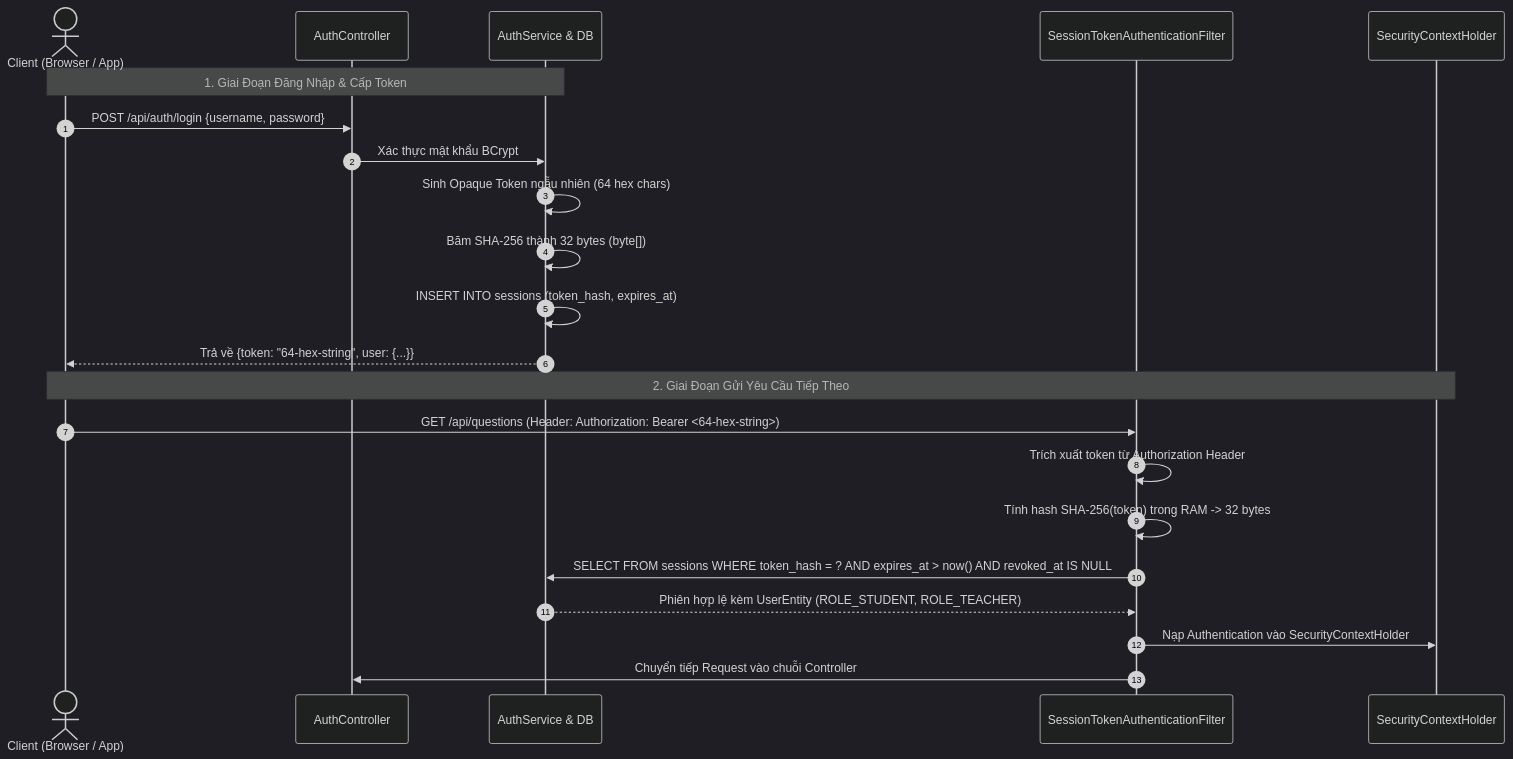
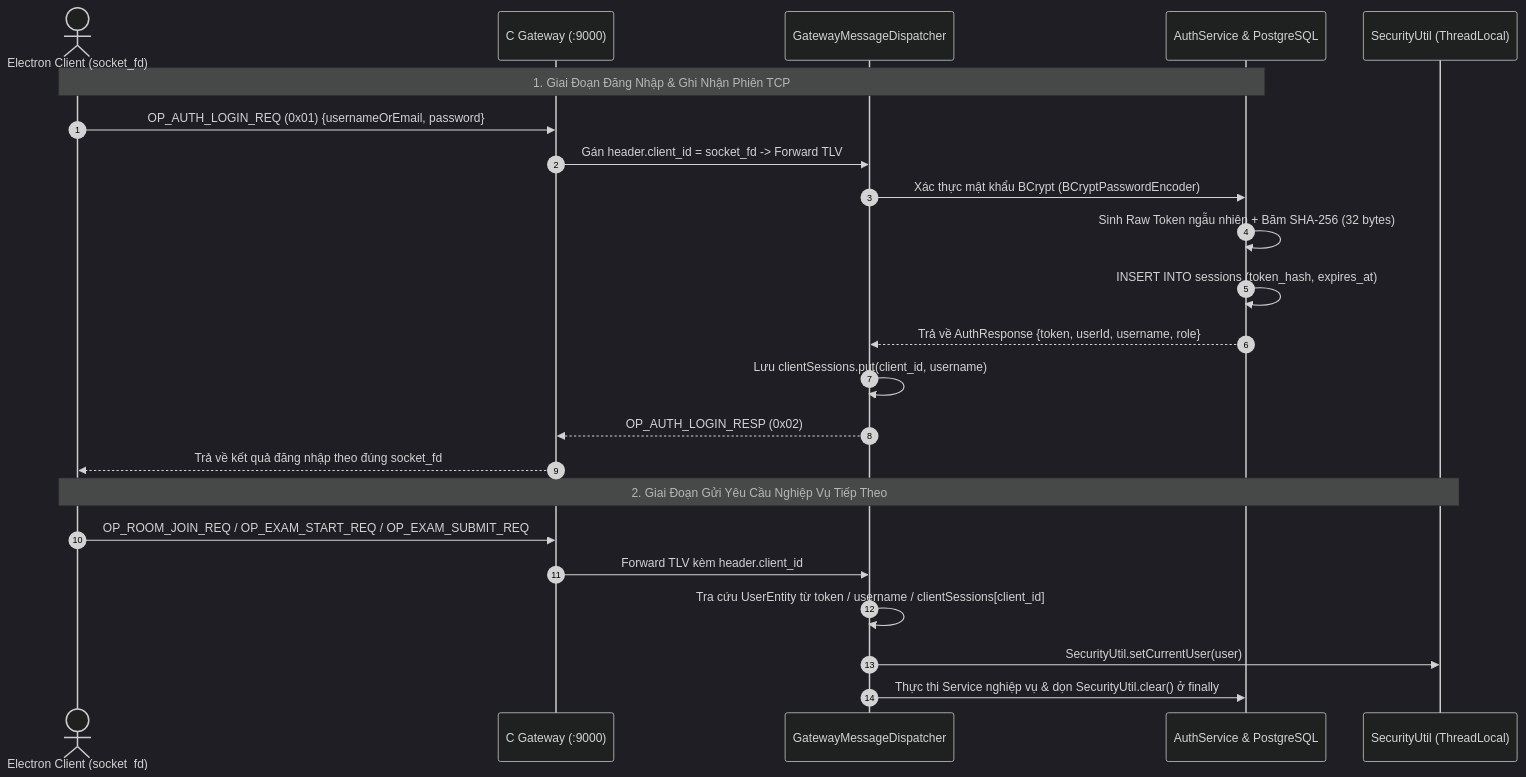
One commit to lethanhan01/mooc-clone changed the diagram in server/docs/security-architecture.md. Above: the diagram before and after it, drawn with Mermaid (dark theme). The commit also changed other lines of this file and 43 other files, not shown here.

````diff
--- a/server/docs/security-architecture.md
+++ b/server/docs/security-architecture.md
@@ -18,26 +14,27 @@
 ```mermaid
 sequenceDiagram
     autonumber
-    actor Client as Client (Browser / App)
-    participant AuthCtrl as AuthController
-    participant SecService as AuthService & DB
-    participant Filter as SessionTokenAuthenticationFilter
-    participant SecCtx as SecurityContextHolder
+    actor Client as Electron Client (socket_fd)
+    participant CGateway as C Gateway (:9000)
+    participant Dispatcher as GatewayMessageDispatcher
+    participant AuthSvc as AuthService & PostgreSQL
+    participant SecUtil as SecurityUtil (ThreadLocal)
 
-    Note over Client,SecService: 1. Giai Đoạn Đăng Nhập & Cấp Token
-    Client->>AuthCtrl: POST /api/auth/login {username, password}
-    AuthCtrl->>SecService: Xác thực mật khẩu BCrypt
-    SecService->>SecService: Sinh Opaque Token ngẫu nhiên (64 hex chars)
-    SecService->>SecService: Băm SHA-256 thành 32 bytes (byte[])
-    SecService->>SecService: INSERT INTO sessions (token_hash, expires_at)
-    SecService-->>Client: Trả về {token: "64-hex-string", user: {...}}
+    Note over Client,AuthSvc: 1. Giai Đoạn Đăng Nhập & Ghi Nhận Phiên TCP
+    Client->>CGateway: OP_AUTH_LOGIN_REQ (0x01) {usernameOrEmail, password}
+    CGateway->>Dispatcher: Gán header.client_id = socket_fd -> Forward TLV
+    Dispatcher->>AuthSvc: Xác thực mật khẩu BCrypt (BCryptPasswordEncoder)
+    AuthSvc->>AuthSvc: Sinh Raw Token ngẫu nhiên + Băm SHA-256 (32 bytes)
+    AuthSvc->>AuthSvc: INSERT INTO sessions (token_hash, expires_at)
+    AuthSvc-->>Dispatcher: Trả về AuthResponse {token, userId, username, role}
+    Dispatcher->>Dispatcher: Lưu clientSessions.put(client_id, username)
+    Dispatcher-->>CGateway: OP_AUTH_LOGIN_RESP (0x02)
+    CGateway-->>Client: Trả về kết quả đăng nhập theo đúng socket_fd
 
-    Note over Client,SecCtx: 2. Giai Đoạn Gửi Yêu Cầu Tiếp Theo
-    Client->>Filter: GET /api/questions (Header: Authorization: Bearer <64-hex-string>)
-    Filter->>Filter: Trích xuất token từ Authorization Header
-    Filter->>Filter: Tính hash SHA-256(token) trong RAM -> 32 bytes
-    Filter->>SecService: SELECT FROM sessions WHERE token_hash = ? AND expires_at > now() AND revoked_at IS NULL
-    SecService-->>Filter: Phiên hợp lệ kèm UserEntity (ROLE_STUDENT, ROLE_TEACHER)
-    Filter->>SecCtx: Nạp Authentication vào SecurityContextHolder
-    Filter->>AuthCtrl: Chuyển tiếp Request vào chuỗi Controller
+    Note over Client,SecUtil: 2. Giai Đoạn Gửi Yêu Cầu Nghiệp Vụ Tiếp Theo
+    Client->>CGateway: OP_ROOM_JOIN_REQ / OP_EXAM_START_REQ / OP_EXAM_SUBMIT_REQ
+    CGateway->>Dispatcher: Forward TLV kèm header.client_id
+    Dispatcher->>Dispatcher: Tra cứu UserEntity từ token / username / clientSessions[client_id]
+    Dispatcher->>SecUtil: SecurityUtil.setCurrentUser(user)
+    Dispatcher->>AuthSvc: Thực thi Service nghiệp vụ & dọn SecurityUtil.clear() ở finally
 ```
````
